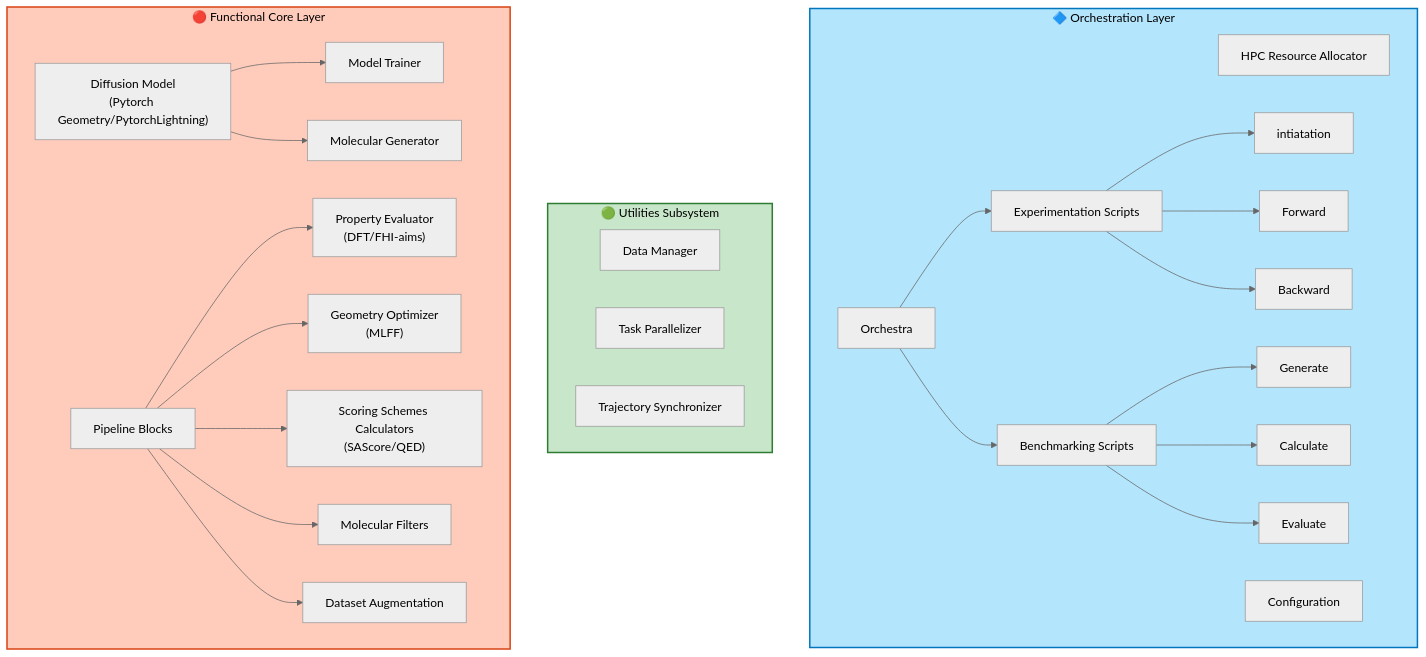
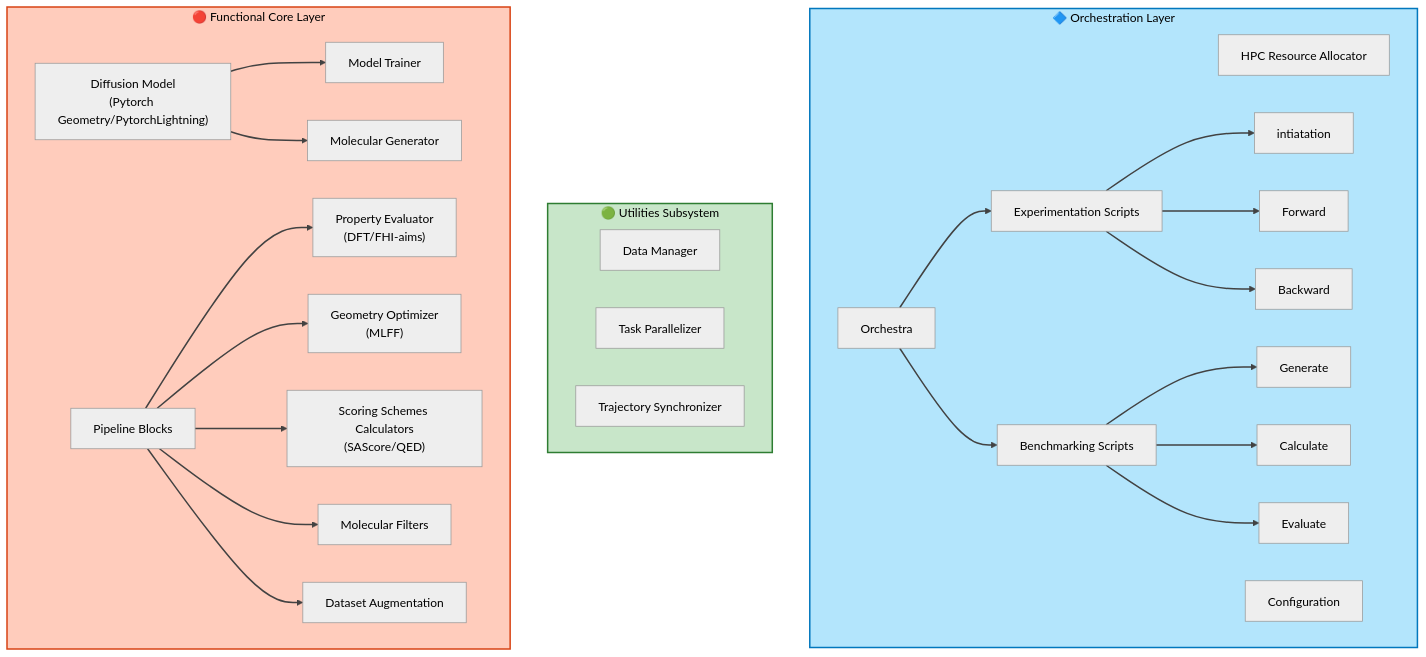
One commit to lmedranos/qalpa changed the second of 2 diagrams in README.md. Above: the diagram before and after it, drawn with Mermaid (neutral theme).

````diff
--- a/README.md
+++ b/README.md
@@ -97,56 +97,57 @@
 ```mermaid
 graph TB
     subgraph orchestration["🔷 Orchestration Layer"]
         hpc["HPC Resource Allocator"]
         config["Configuration"]
         orc["Orchestra"]
         Expsc["Experimentation Scripts"]
         initsc["intiatation"]
         forsc["Forward"]
         bacsc["Backward"]
         Evalsc["Benchmarking Scripts"]
         gensc["Generate"]
         calsc["Calculate"]
         evalsc["Evaluate"]
 
     end
 
     Expsc --> initsc
     Expsc --> forsc
     Expsc --> bacsc
     Evalsc --> gensc
     Evalsc --> calsc
     Evalsc --> evalsc
     orc --> Expsc
     orc --> Evalsc
    
 
     subgraph utilities["🟢 Utilities Subsystem"]
         data["Data Manager"]
         parallel["Task Parallelizer"]
         sync["Trajectory Synchronizer"]
     end
     
     subgraph functional["🔴 Functional Core Layer"]
         Diff["Diffusion Model<br/>(Pytorch Geometry/PytorchLightning)"]
         train["Model Trainer"]
         gen["Molecular Generator"]
         Pipeb["Pipeline Blocks"]
         eval["Property Evaluator<br/>(DFT/FHI-aims)"]
         opt["Geometry Optimizer<br/>(MLFF)"]
         sco["Scoring Schemes Calculators<br/>(SAScore/QED)"]
         sel["Molecular Filters"]
         Aug["Dataset Augmentation"]
     end
     Diff --> train
     Diff --> gen
     Pipeb --> eval
     Pipeb --> opt
     Pipeb --> sco
     Pipeb --> sel
     Pipeb --> Aug
     
     style orchestration fill:#B3E5FC,stroke:#0277BD,stroke-width:2px,color:#000
     style utilities fill:#C8E6C9,stroke:#2E7D32,stroke-width:2px,color:#000
     style functional fill:#FFCCBC,stroke:#D84315,stroke-width:2px,color:#000
+    linkStyle default stroke:#424242,stroke-width:2px
 ```
````
